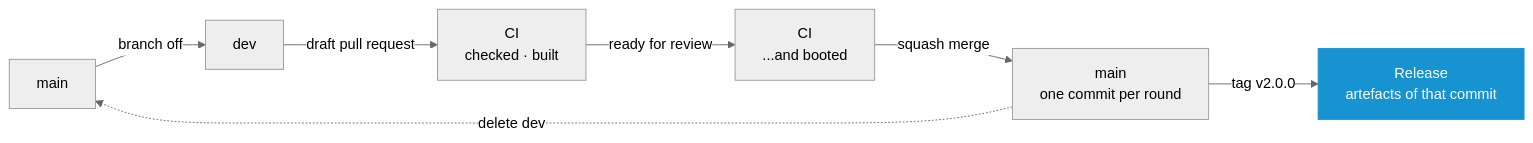
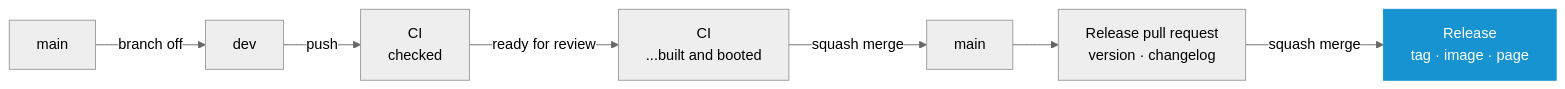
Before and after one commit to murkl/arch-os: the first of 2 diagrams in docs/CONTRIBUTING.md, drawn with Mermaid (neutral theme). The commit also changed other lines of this file and 9 other files, not shown here.

Commit message:
ci: write the version and the release out of what lands on main

````diff
--- a/docs/CONTRIBUTING.md
+++ b/docs/CONTRIBUTING.md
@@ -9,11 +9,11 @@
 ```mermaid
 flowchart LR
     M["main"] -->|branch off| D["dev"]
-    D -->|draft pull request| C["CI<br/>checked · built"]
-    C -->|ready for review| F["CI<br/>...and booted"]
-    F -->|squash merge| M2["main<br/>one commit per round"]
-    M2 -->|tag v2.0.0| R["Release<br/>artefacts of that commit"]
-    M2 -.->|delete dev| M
+    D -->|push| C["CI<br/>checked"]
+    C -->|ready for review| F["CI<br/>...built and booted"]
+    F -->|squash merge| M2["main"]
+    M2 --> P["Release pull request<br/>version · changelog"]
+    P -->|squash merge| R["Release<br/>tag · image · page"]
 
     style R fill:#1793d1,stroke:#1793d1,color:#fff
 ```
````
